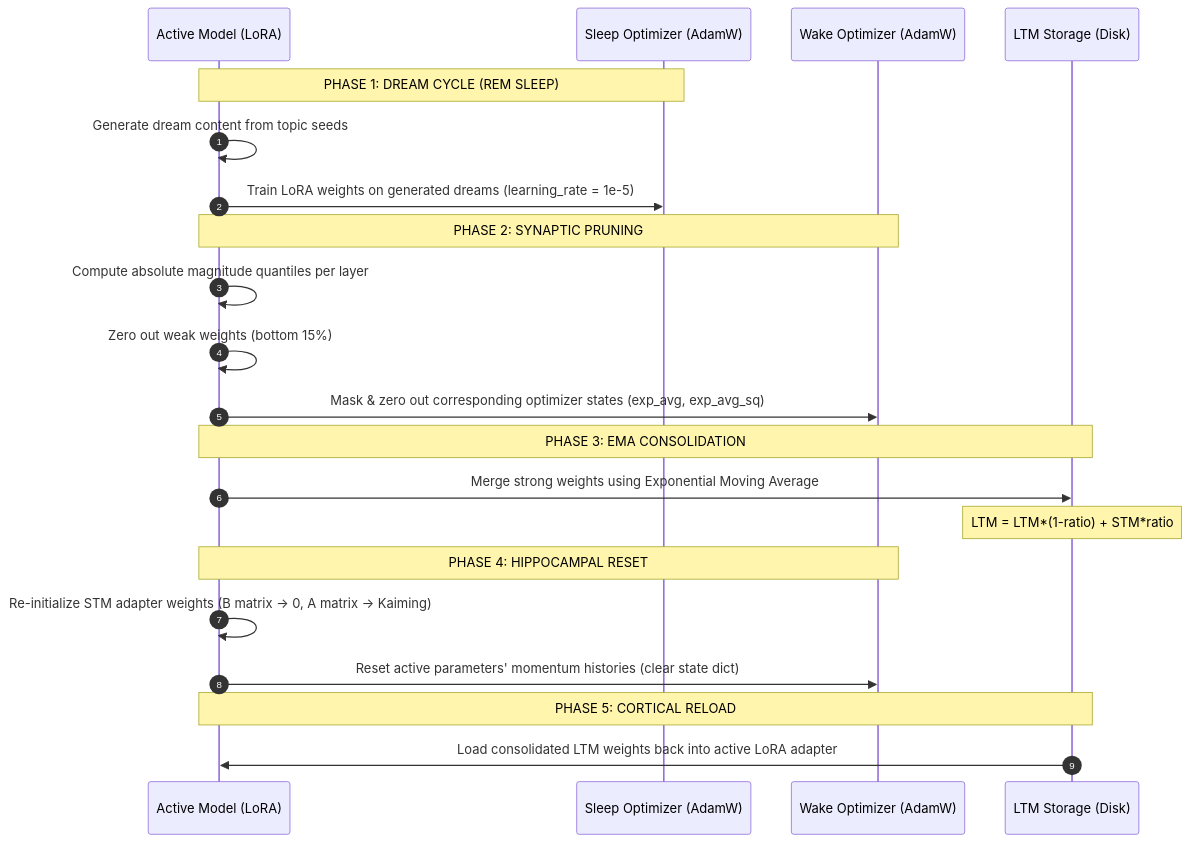
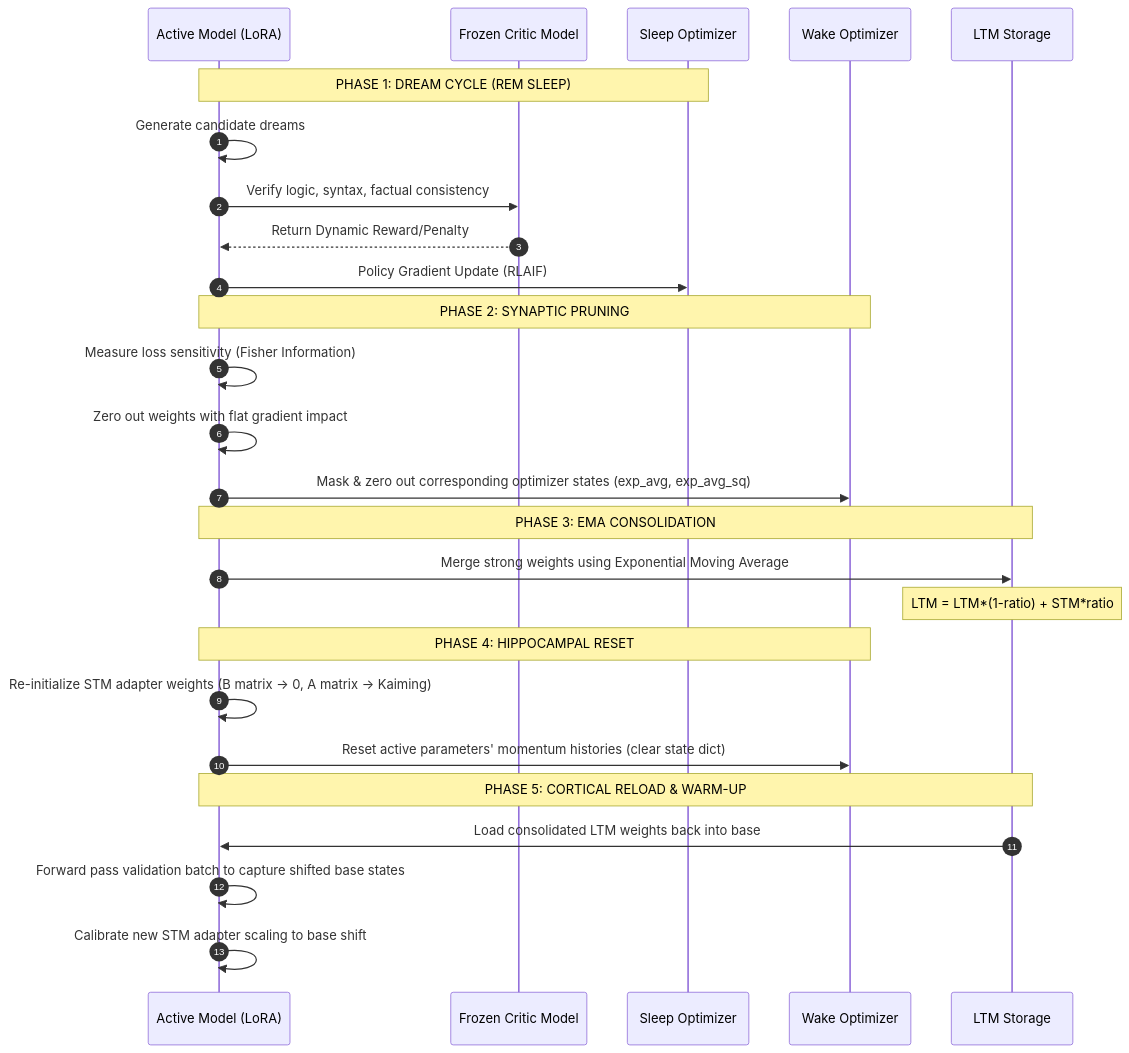
Before and after one commit to Asep-Ireng/synaptic-consolidation-llm: the second of 2 diagrams in docs/architecture.md, drawn with Mermaid. The commit also changed other lines of this file, not shown here.

````diff
--- a/docs/architecture.md
+++ b/docs/architecture.md
@@ -45,28 +45,33 @@
 ```mermaid
 sequenceDiagram
     autonumber
     participant ActiveModel as Active Model (LoRA)
-    participant SleepOpt as Sleep Optimizer (AdamW)
-    participant WakeOpt as Wake Optimizer (AdamW)
-    participant LTM as LTM Storage (Disk)
+    participant Critic as Frozen Critic Model
+    participant SleepOpt as Sleep Optimizer
+    participant WakeOpt as Wake Optimizer
+    participant LTM as LTM Storage
     
     Note over ActiveModel, SleepOpt: PHASE 1: DREAM CYCLE (REM SLEEP)
-    ActiveModel->>ActiveModel: Generate dream content from topic seeds
-    ActiveModel->>SleepOpt: Train LoRA weights on generated dreams (learning_rate = 1e-5)
+    ActiveModel->>ActiveModel: Generate candidate dreams
+    ActiveModel->>Critic: Verify logic, syntax, factual consistency
+    Critic-->>ActiveModel: Return Dynamic Reward/Penalty
+    ActiveModel->>SleepOpt: Policy Gradient Update (RLAIF)
     
     Note over ActiveModel, WakeOpt: PHASE 2: SYNAPTIC PRUNING
-    ActiveModel->>ActiveModel: Compute absolute magnitude quantiles per layer
-    ActiveModel->>ActiveModel: Zero out weak weights (bottom 15%)
+    ActiveModel->>ActiveModel: Measure loss sensitivity (Fisher Information)
+    ActiveModel->>ActiveModel: Zero out weights with flat gradient impact
     ActiveModel->>WakeOpt: Mask & zero out corresponding optimizer states (exp_avg, exp_avg_sq)
     
     Note over ActiveModel, LTM: PHASE 3: EMA CONSOLIDATION
     ActiveModel->>LTM: Merge strong weights using Exponential Moving Average
     Note over LTM: LTM = LTM*(1-ratio) + STM*ratio
     
     Note over ActiveModel, WakeOpt: PHASE 4: HIPPOCAMPAL RESET
     ActiveModel->>ActiveModel: Re-initialize STM adapter weights (B matrix -> 0, A matrix -> Kaiming)
     ActiveModel->>WakeOpt: Reset active parameters' momentum histories (clear state dict)
     
-    Note over LTM, ActiveModel: PHASE 5: CORTICAL RELOAD
-    LTM->>ActiveModel: Load consolidated LTM weights back into active LoRA adapter
+    Note over LTM, ActiveModel: PHASE 5: CORTICAL RELOAD & WARM-UP
+    LTM->>ActiveModel: Load consolidated LTM weights back into base
+    ActiveModel->>ActiveModel: Forward pass validation batch to capture shifted base states
+    ActiveModel->>ActiveModel: Calibrate new STM adapter scaling to base shift
 ```
````
